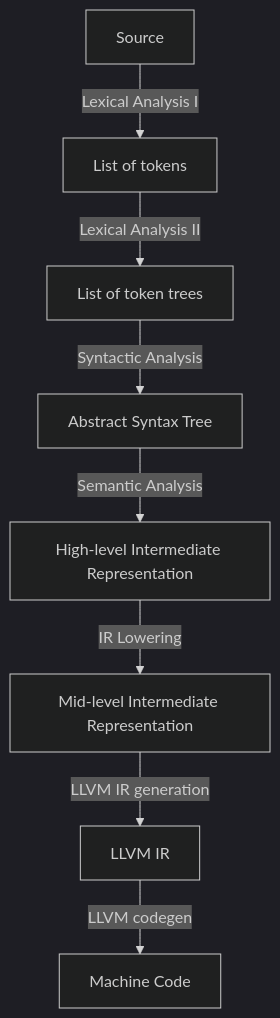
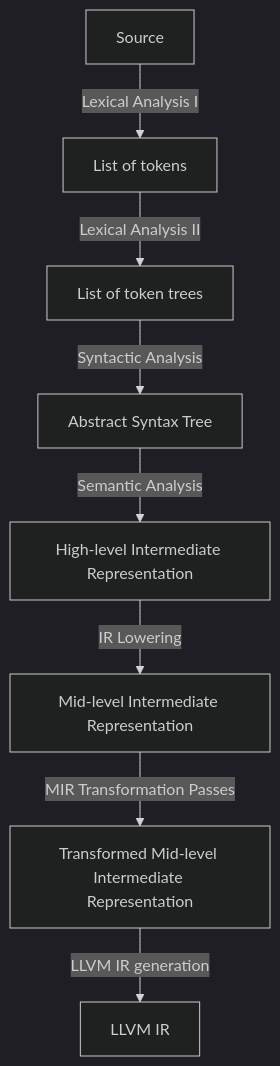
Before and after one commit to simontran7/crawfish: the diagram in docs/ARCHITECTURE.md, drawn with Mermaid (dark theme). The commit also changed other lines of this file and 1 other file, not shown here.

````diff
--- a/docs/ARCHITECTURE.md
+++ b/docs/ARCHITECTURE.md
@@ -5,10 +5,10 @@
 ```mermaid
 flowchart TD
   A[Source] -->|Lexical Analysis I| B[List of tokens]
   B -->|Lexical Analysis II| C[List of token trees]
   C -->|Syntactic Analysis| D[Abstract Syntax Tree]
   D -->|Semantic Analysis| E[High-level Intermediate Representation]
   E -->|IR Lowering| F[Mid-level Intermediate Representation]
-  F -->|LLVM IR generation| G[LLVM IR]
-  G -->|LLVM codegen| H[Machine Code]
+  F -->|MIR Transformation Passes| G[Transformed Mid-level Intermediate Representation]
+  G -->|LLVM IR generation| H[LLVM IR]
 ```
````
